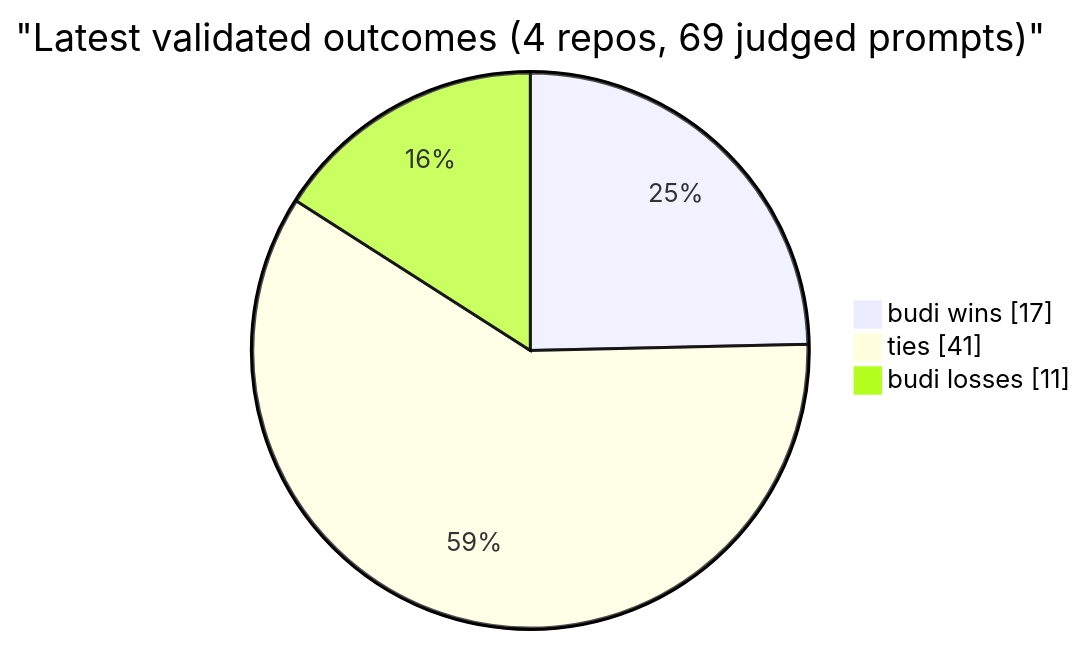
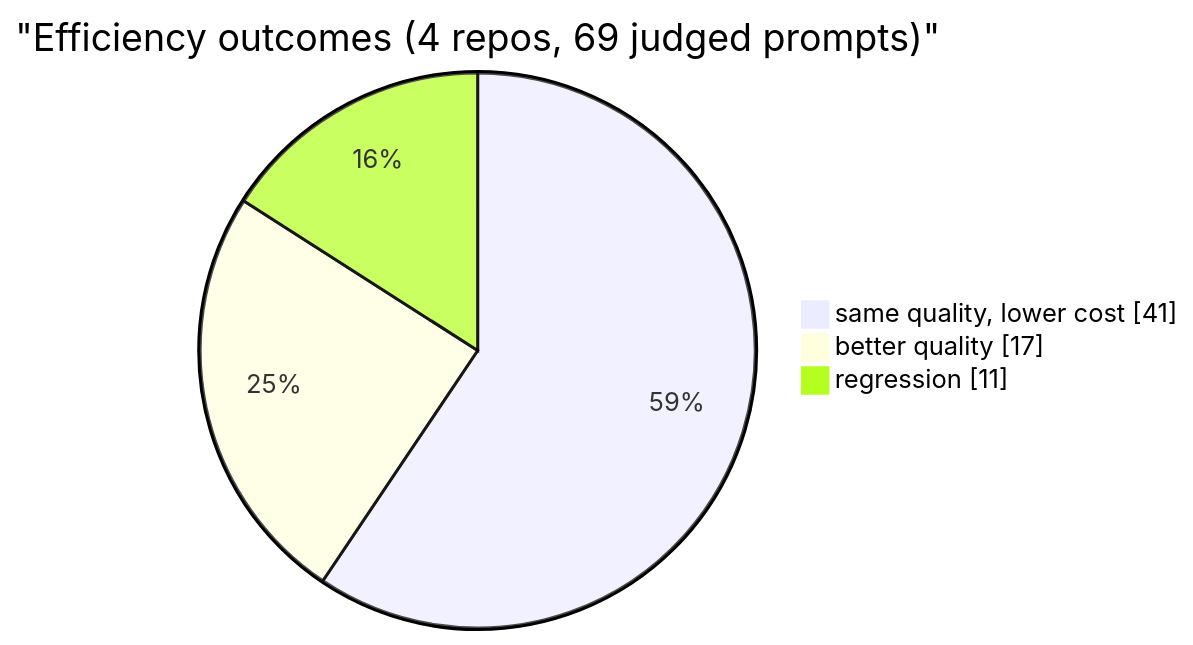
The second of 2 diagrams in README.md (siropkin/budi), drawn with Mermaid before and after one commit. The commit also changed other lines of this file and 2 other files, not shown here.

First line of the commit message:
Reframe benchmarks around regression rate instead of win count.

````diff
--- a/README.md
+++ b/README.md
@@ -44,7 +45,7 @@
 ```mermaid
 pie showData
-    title "Latest validated outcomes (4 repos, 69 judged prompts)"
-    "budi wins" : 17
-    "ties" : 41
-    "budi losses" : 11
+    title "Efficiency outcomes (4 repos, 69 judged prompts)"
+    "same quality, lower cost" : 41
+    "better quality" : 17
+    "regression" : 11
 ```
````
